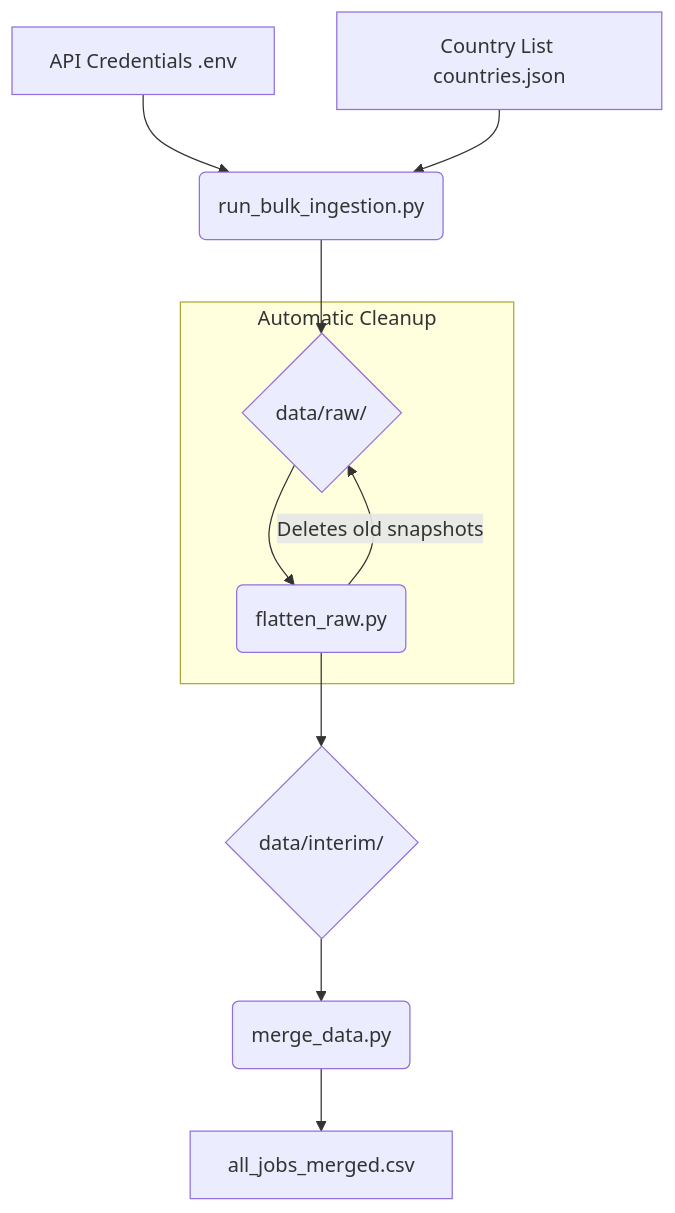
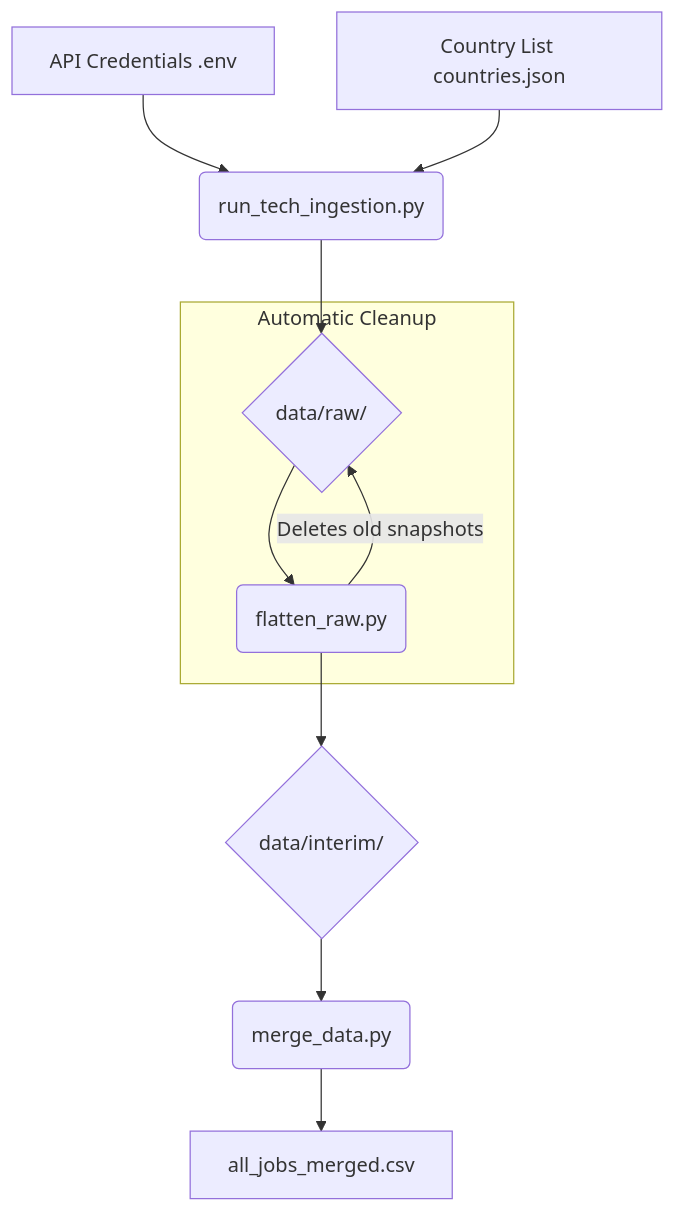
One commit to bnovelorotger/data_quality_hell_project changed the diagram in docs/DATA_EXTRACTION.md. Above: the diagram before and after it, drawn with Mermaid. The commit also changed other lines of this file, not shown here.

````diff
--- a/docs/DATA_EXTRACTION.md
+++ b/docs/DATA_EXTRACTION.md
@@ -21,14 +18,14 @@
 ```mermaid
 graph TD
-    A[API Credentials .env] --> B(run_bulk_ingestion.py)
+    A[API Credentials .env] --> B(run_tech_ingestion.py)
     C[Country List countries.json] --> B
     B --> D{data/raw/}
     D --> E(flatten_raw.py)
     E --> F{data/interim/}
     F --> G(merge_data.py)
     G --> H[all_jobs_merged.csv]
     
     subgraph "Automatic Cleanup"
     E -- Deletes old snapshots --> D
     end
 ```
````
